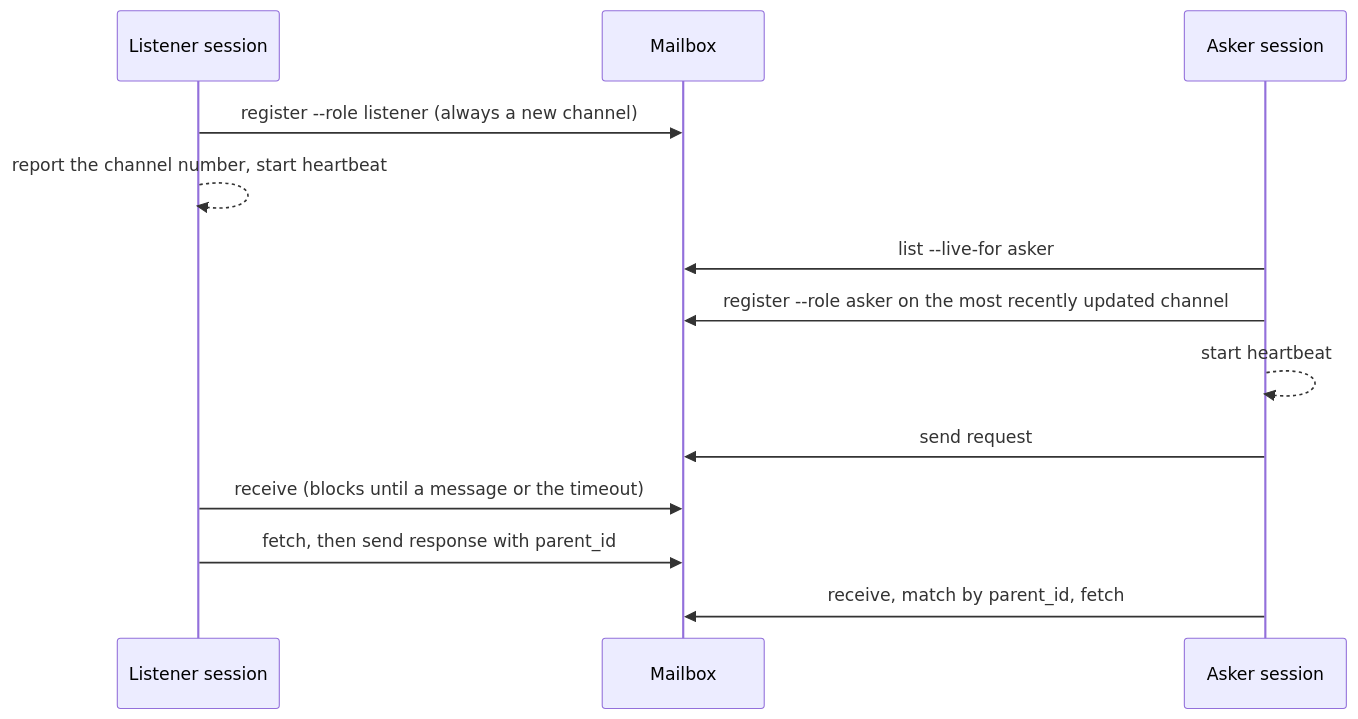
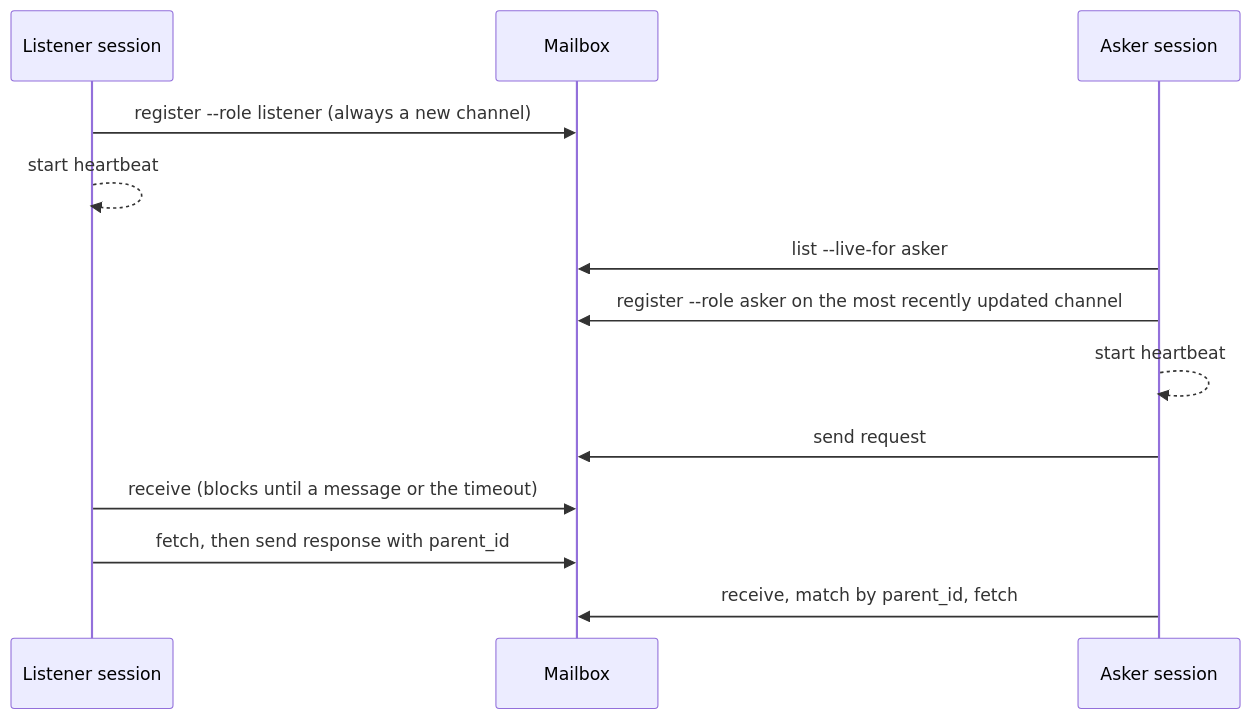
One commit to vancsj/bootgear changed the diagram in plugins/advisor/README.md. Above: the diagram before and after it, drawn with Mermaid. The commit also changed other lines of this file and 18 other files, not shown here.

````diff
--- a/plugins/advisor/README.md
+++ b/plugins/advisor/README.md
@@ -62,15 +58,15 @@
 ```mermaid
 sequenceDiagram
     participant L as Listener session
     participant M as Mailbox
     participant A as Asker session
     L->>M: register --role listener (always a new channel)
-    L-->>L: report the channel number, start heartbeat
+    L-->>L: start heartbeat
     A->>M: list --live-for asker
     A->>M: register --role asker on the most recently updated channel
     A-->>A: start heartbeat
     A->>M: send request
     L->>M: receive (blocks until a message or the timeout)
     L->>M: fetch, then send response with parent_id
     A->>M: receive, match by parent_id, fetch
 ```
````
